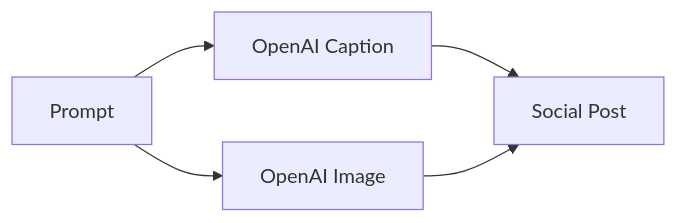
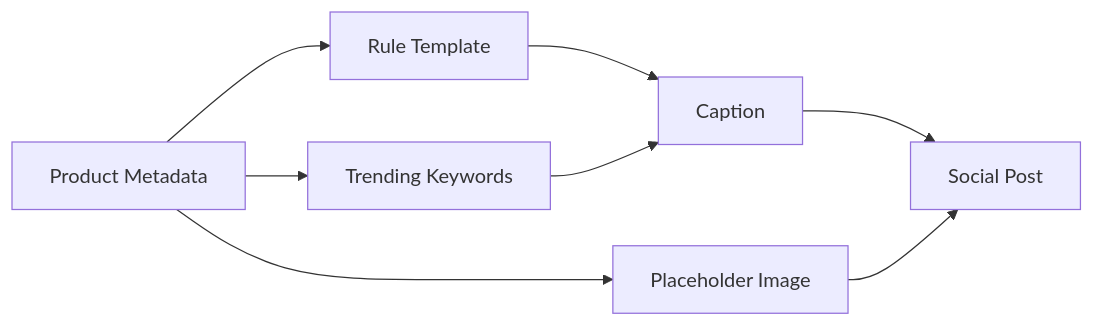
Before and after one commit to g4mm4p4nd4/PODPusher: the second of 4 diagrams in docs/internal_docs.md, drawn with Mermaid. The commit also changed other lines of this file and 22 other files, not shown here.

````diff
--- a/docs/internal_docs.md
+++ b/docs/internal_docs.md
@@ -36,7 +37,10 @@
 ```mermaid
 flowchart LR
-    A[Prompt] --> B[OpenAI Caption]
-    A --> C[OpenAI Image]
-    B --> D[Social Post]
+    A[Product Metadata] --> B[Rule Template]
+    A --> C[Trending Keywords]
+    B --> D[Caption]
     C --> D
+    A --> E[Placeholder Image]
+    D --> F[Social Post]
+    E --> F
 ```
````
